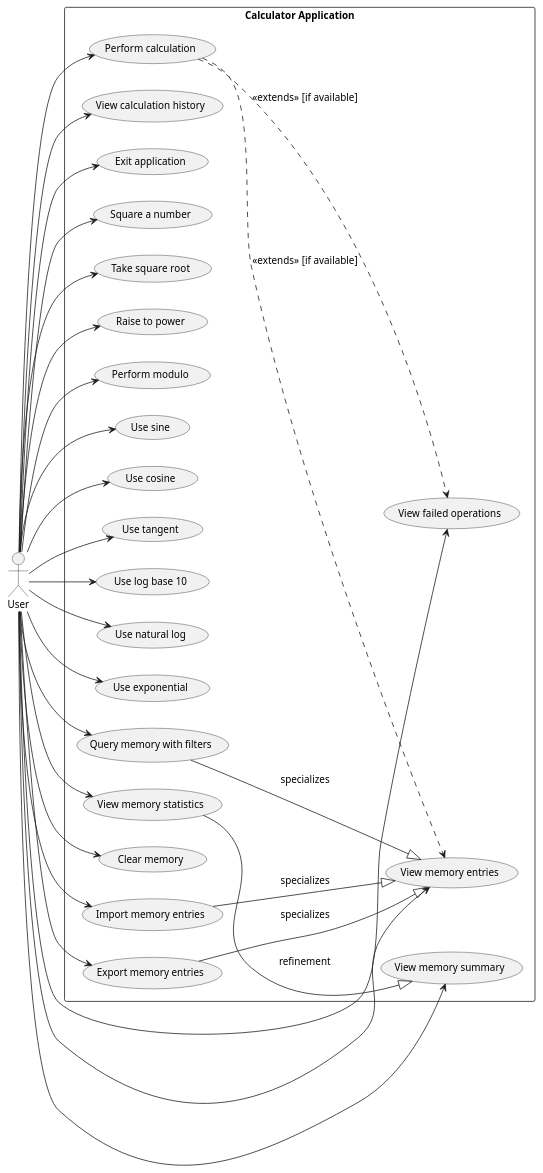
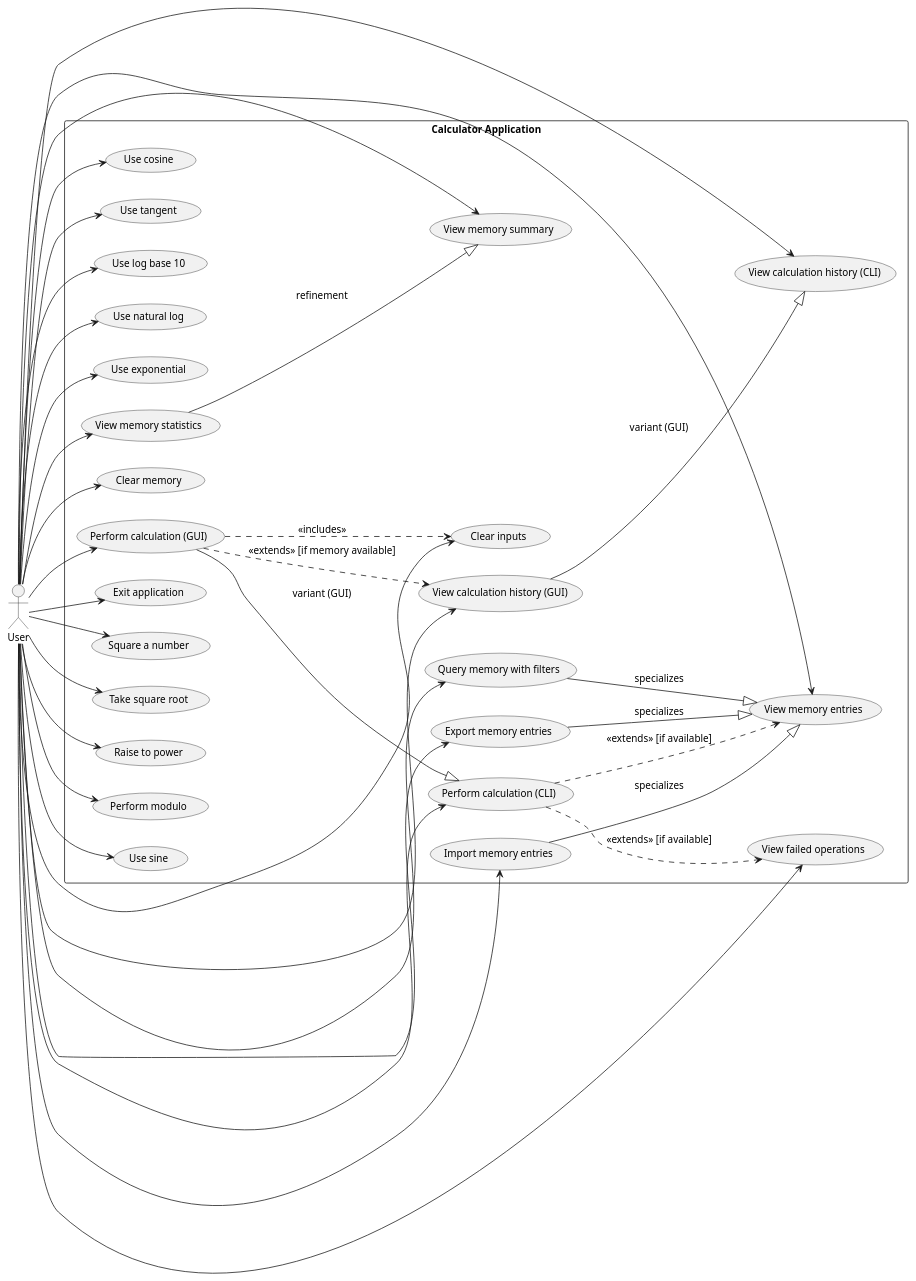
Before and after one commit to DanielRiha8906/Software_autoevolution_using_agents: the diagram in experiments/supervisor_as_tools/structured_text/calculator/artifacts/use_case_diagram.puml, drawn with PlantUML. The commit also changed 7 other files, not shown here.

First line of the commit message:
Add graphical user interface for calculator using tkinter

```diff
--- a/experiments/supervisor_as_tools/structured_text/calculator/artifacts/use_case_diagram.puml
+++ b/experiments/supervisor_as_tools/structured_text/calculator/artifacts/use_case_diagram.puml
@@ -1,63 +1,73 @@
 @startuml use_case_diagram
 
 skinparam defaultFontSize 13
 
 left to right direction
 
 actor User
 
 rectangle "Calculator Application" {
-    usecase "Perform calculation" as UC_Calc
-    usecase "View calculation history" as UC_History
+    usecase "Perform calculation (CLI)" as UC_Calc
+    usecase "View calculation history (CLI)" as UC_History
+    usecase "Perform calculation (GUI)" as UC_CalcGUI
+    usecase "View calculation history (GUI)" as UC_HistoryGUI
+    usecase "Clear inputs" as UC_ClearGUI
     usecase "Exit application" as UC_Exit
     usecase "Square a number" as UC_Square
     usecase "Take square root" as UC_Sqrt
     usecase "Raise to power" as UC_Power
     usecase "Perform modulo" as UC_Modulo
     usecase "Use sine" as UC_Sin
     usecase "Use cosine" as UC_Cos
     usecase "Use tangent" as UC_Tan
     usecase "Use log base 10" as UC_Log10
     usecase "Use natural log" as UC_Ln
     usecase "Use exponential" as UC_Exp
     usecase "View memory entries" as UC_Memory
     usecase "Query memory with filters" as UC_FilteredMemory
     usecase "View memory summary" as UC_Summary
     usecase "View memory statistics" as UC_Statistics
     usecase "View failed operations" as UC_Failures
     usecase "Clear memory" as UC_ClearMem
     usecase "Export memory entries" as UC_Export
     usecase "Import memory entries" as UC_Import
 
 }
 
 User --> UC_Calc
 User --> UC_History
+User --> UC_CalcGUI
+User --> UC_HistoryGUI
+User --> UC_ClearGUI
 User --> UC_Exit
 User --> UC_Square
 User --> UC_Sqrt
 User --> UC_Power
 User --> UC_Modulo
 User --> UC_Sin
 User --> UC_Cos
 User --> UC_Tan
 User --> UC_Log10
 User --> UC_Ln
 User --> UC_Exp
 User --> UC_Memory
 User --> UC_FilteredMemory
 User --> UC_Summary
 User --> UC_Statistics
 User --> UC_Failures
 User --> UC_ClearMem
 User --> UC_Export
 User --> UC_Import
 
 UC_Calc ..> UC_Memory : <<extends>> [if available]
 UC_Calc ..> UC_Failures : <<extends>> [if available]
+UC_CalcGUI ..> UC_HistoryGUI : <<extends>> [if memory available]
+UC_CalcGUI ..> UC_ClearGUI : <<includes>>
 UC_FilteredMemory --|> UC_Memory : specializes
 UC_Statistics --|> UC_Summary : refinement
 UC_Export --|> UC_Memory : specializes
 UC_Import --|> UC_Memory : specializes
+UC_CalcGUI --|> UC_Calc : variant (GUI)
+UC_HistoryGUI --|> UC_History : variant (GUI)
 
 @enduml
```
